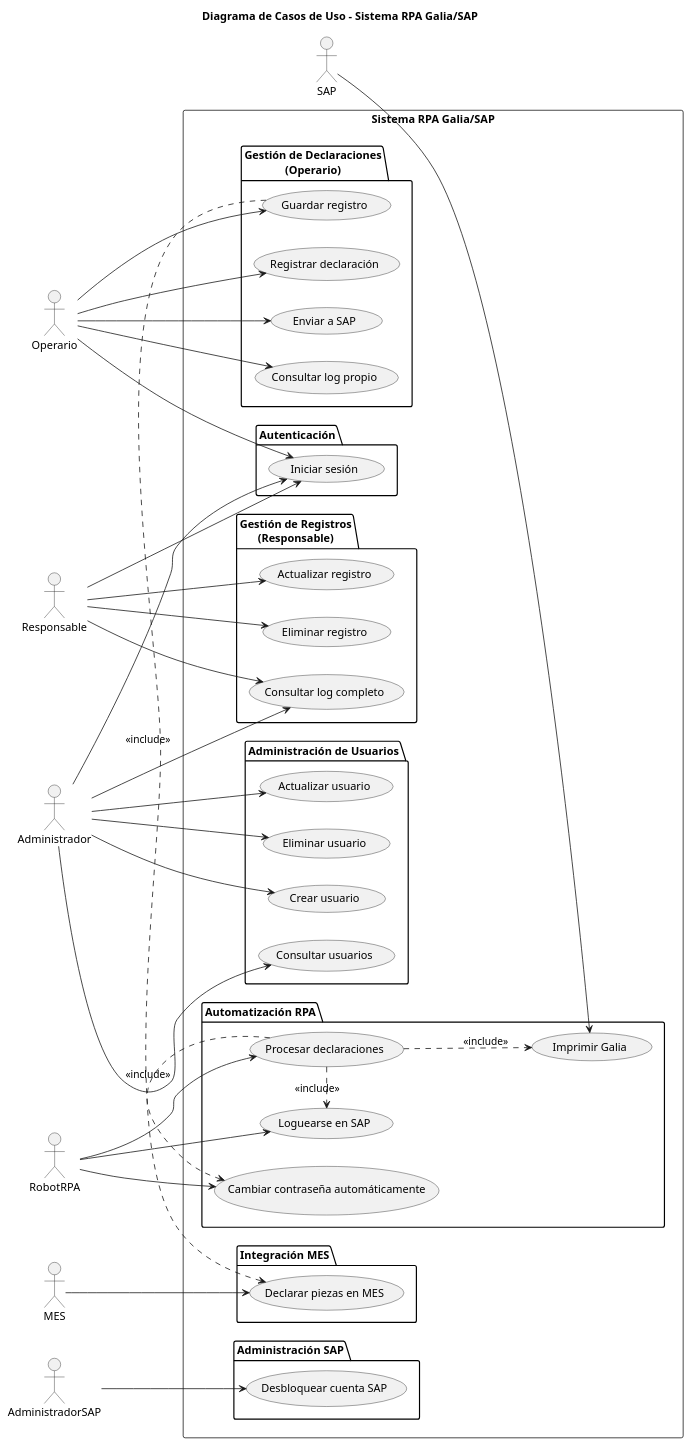
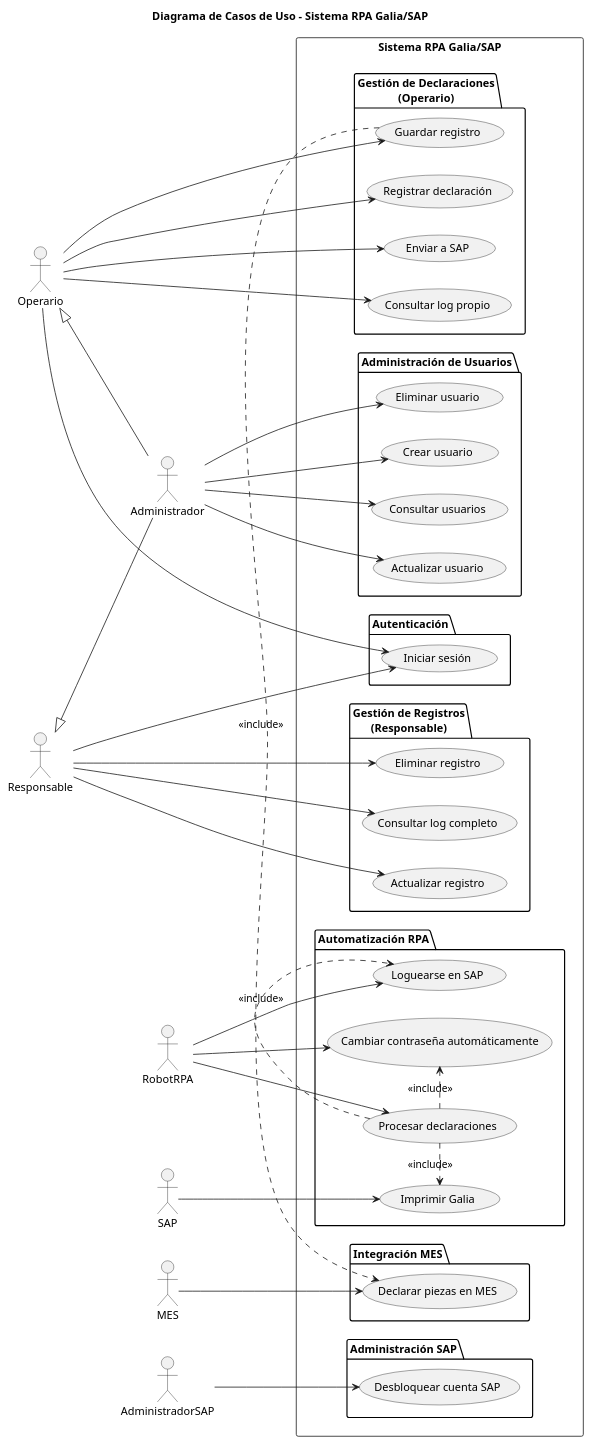
One commit to Dievex/TFG_25-26 changed the diagram in docs/03_diagramas/puml/casos_de_usoV2.puml. Above: the diagram before and after it, drawn with PlantUML.

Commit message:
Actualizo el diagrama de casos de uso

```diff
--- a/docs/03_diagramas/puml/casos_de_usoV2.puml
+++ b/docs/03_diagramas/puml/casos_de_usoV2.puml
@@ -1,95 +1,97 @@
 @startuml
 
 title Diagrama de Casos de Uso - Sistema RPA Galia/SAP
 
 left to right direction
 hide circles
 
 actor Operario
 actor Responsable
 actor Administrador
 actor RobotRPA
 actor MES
 actor SAP
 actor AdministradorSAP
+
+' Herencia de actores
+Operario <|-- Administrador
+Responsable <|-- Administrador
 
 rectangle "Sistema RPA Galia/SAP" {
 
     package "Autenticación" {
         usecase "Iniciar sesión" as UC_LOGIN
     }
 
     package "Gestión de Declaraciones\n(Operario)" {
         usecase "Registrar declaración" as UC1
         usecase "Guardar registro" as UC2
         usecase "Enviar a SAP" as UC3
         usecase "Consultar log propio" as UC_LOG_OP
     }
 
     package "Gestión de Registros\n(Responsable)" {
         usecase "Consultar log completo" as UC_LOG_RES
         usecase "Actualizar registro" as UC_UPD
         usecase "Eliminar registro" as UC_DEL
     }
 
     package "Administración de Usuarios" {
         usecase "Crear usuario" as UC_UCREATE
         usecase "Consultar usuarios" as UC_UREAD
         usecase "Actualizar usuario" as UC_UUPDATE
         usecase "Eliminar usuario" as UC_UDELETE
     }
 
     package "Automatización RPA" {
         usecase "Loguearse en SAP" as UC_SAP_LOGIN
         usecase "Procesar declaraciones" as UC4
         usecase "Cambiar contraseña automáticamente" as UC5
         usecase "Imprimir Galia" as UC6
     }
 
     package "Integración MES" {
         usecase "Declarar piezas en MES" as UC7
     }
 
     package "Administración SAP" {
         usecase "Desbloquear cuenta SAP" as UC8
     }
 }
 
 ' Operario
 Operario --> UC_LOGIN
 Operario --> UC1
 Operario --> UC2
 Operario --> UC3
 Operario --> UC_LOG_OP
 
 ' Responsable
 Responsable --> UC_LOGIN
 Responsable --> UC_LOG_RES
 Responsable --> UC_UPD
 Responsable --> UC_DEL
 
-' Administrador
-Administrador --> UC_LOGIN
+' Administrador (solo sus CUs exclusivos)
 Administrador --> UC_UCREATE
 Administrador --> UC_UREAD
 Administrador --> UC_UUPDATE
 Administrador --> UC_UDELETE
-Administrador --> UC_LOG_RES
+
+' Includes
+UC2 .> UC7 : <<include>>
+UC4 .> UC_SAP_LOGIN : <<include>>
+UC4 .> UC5 : <<include>>
+UC4 .> UC6 : <<include>>
 
 ' RobotRPA
 RobotRPA --> UC_SAP_LOGIN
 RobotRPA --> UC4
 RobotRPA --> UC5
 
-' Includes
-UC2 .> UC7 : <<include>>
-UC4 .> UC_SAP_LOGIN : <<include>>
-UC4 .> UC5 : <<include>>
-
 ' Sistemas externos
 MES --> UC7
 SAP --> UC6
-UC4 ..> UC6 : <<include>>
 AdministradorSAP --> UC8
 
 @enduml
```
